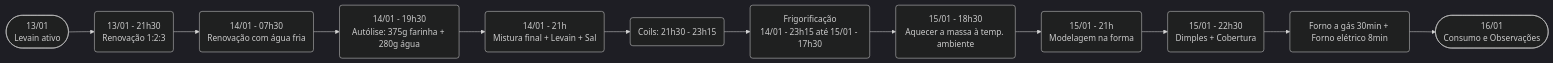
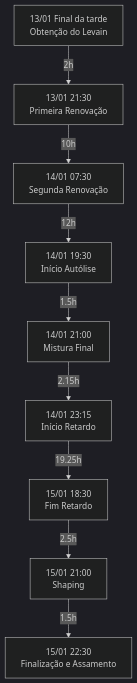
One commit to fkramos/sourdough-recipes changed the diagram in src/teste2.md. Above: the diagram before and after it, drawn with Mermaid (dark theme). The commit also changed other lines of this file, not shown here.

````diff
--- a/src/teste2.md
+++ b/src/teste2.md
@@ -162,14 +49,11 @@
 ```mermaid
-flowchart LR
-    A([13/01<br>Levain ativo]) --> B(13/01 - 21h30<br>Renovação 1:2:3)
-    B --> C(14/01 - 07h30<br>Renovação com água fria)
-    C --> D(14/01 - 19h30<br>Autólise: 375g farinha + 280g água)
-    D --> E(14/01 - 21h<br>Mistura final + Levain + Sal)
-    E --> F(Coils: 21h30 - 23h15)
-    F --> G(Frigorificação<br>14/01 - 23h15 até 15/01 - 17h30)
-    G --> H(15/01 - 18h30<br>Aquecer a massa à temp. ambiente)
-    H --> I(15/01 - 21h<br>Modelagem na forma)
-    I --> J(15/01 - 22h30<br>Dimples + Cobertura)
-    J --> K(Forno a gás 30min + Forno elétrico 8min)
-    K --> L([16/01<br>Consumo e Observações])
+graph TD
+    A[13/01 Final da tarde<br>Obtenção do Levain] -->|2h| B[13/01 21:30<br>Primeira Renovação]
+    B -->|10h| C[14/01 07:30<br>Segunda Renovação]
+    C -->|12h| D[14/01 19:30<br>Início Autólise]
+    D -->|1.5h| E[14/01 21:00<br>Mistura Final]
+    E -->|2.15h| F[14/01 23:15<br>Início Retardo]
+    F -->|19.25h| G[15/01 18:30<br>Fim Retardo]
+    G -->|2.5h| H[15/01 21:00<br>Shaping]
+    H -->|1.5h| I[15/01 22:30<br>Finalização e Assamento]
 ```
````
